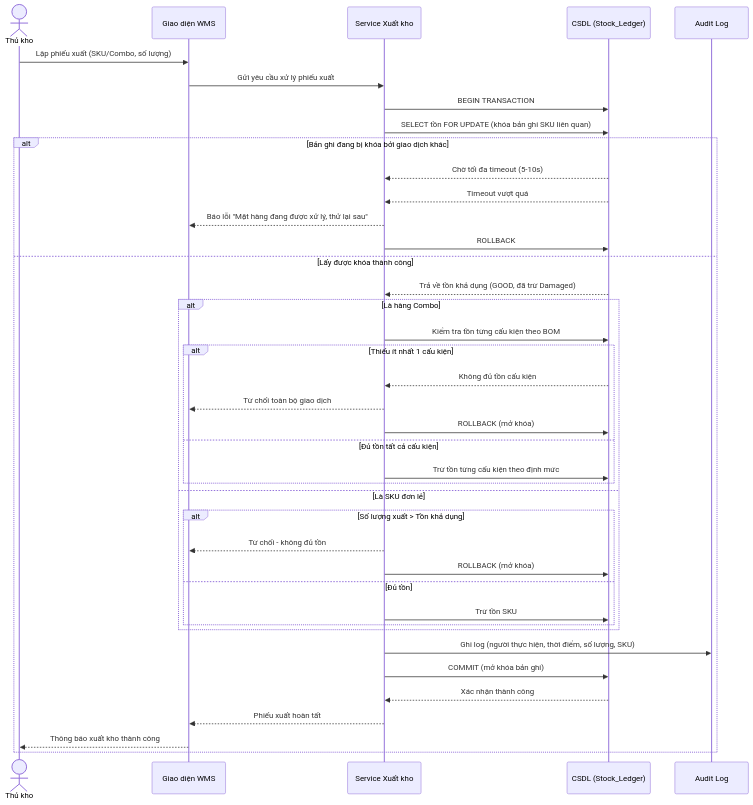
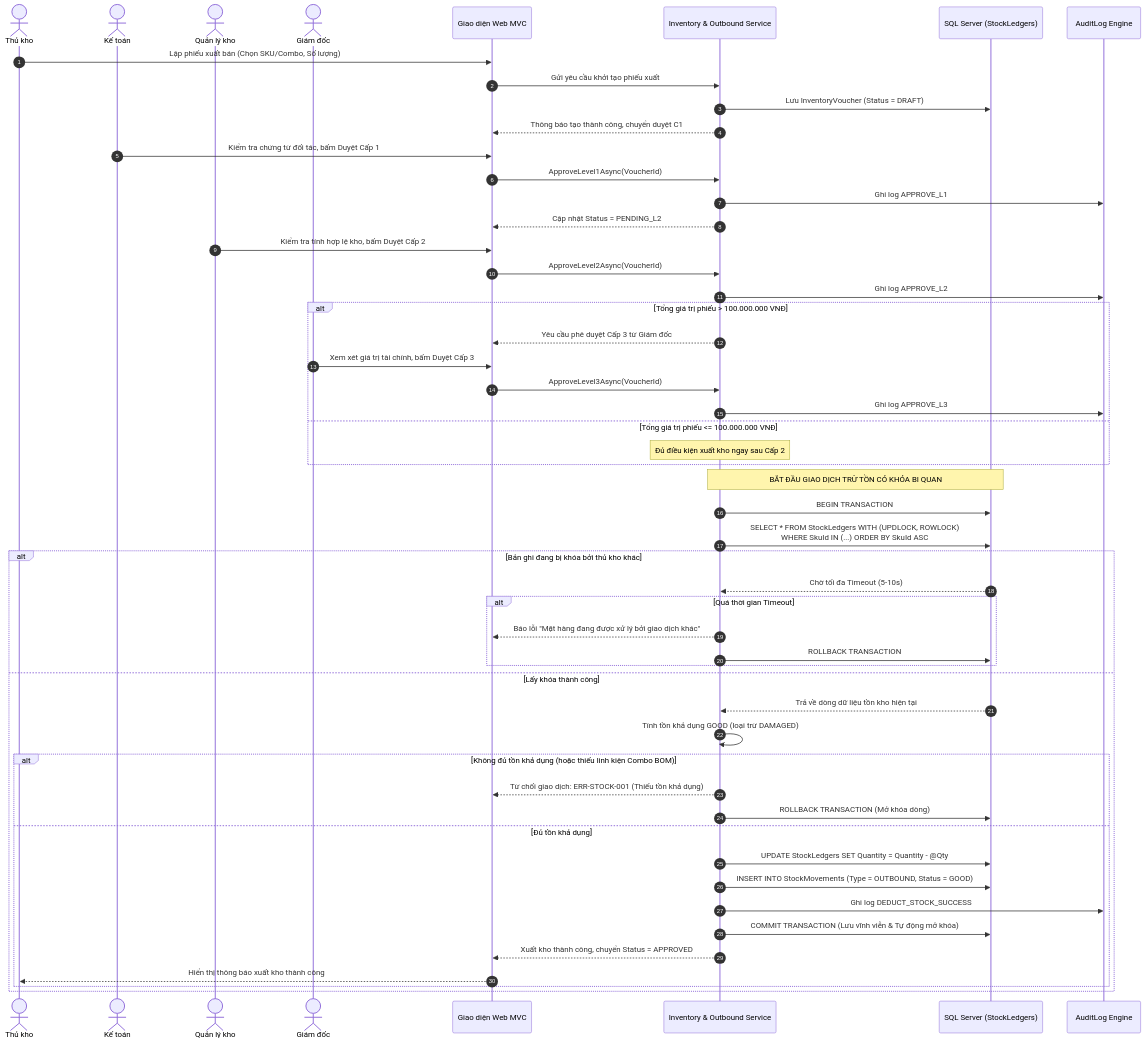
Before and after one commit to dtc245200011/HeTQL_Kho_Hang_Tich_Hop_AI: the second of 5 diagrams in URD-WMS-AI-NoiThat-v2.0.md, drawn with Mermaid. The commit also changed other lines of this file and 1 other file, not shown here.

````diff
--- a/URD-WMS-AI-NoiThat-v2.0.md
+++ b/URD-WMS-AI-NoiThat-v2.0.md
@@ -773,43 +576,61 @@
 ```mermaid
 sequenceDiagram
+    autonumber
     actor TK as Thủ kho
-    participant UI as Giao diện WMS
-    participant SVC as Service Xuất kho
-    participant DB as CSDL (Stock_Ledger)
-    participant AUD as Audit Log
+    actor KT as Kế toán
+    actor QL as Quản lý kho
+    actor GD as Giám đốc
+    participant UI as Giao diện Web MVC
+    participant SVC as Inventory & Outbound Service
+    participant DB as SQL Server (StockLedgers)
+    participant AUD as AuditLog Engine
 
-    TK->>UI: Lập phiếu xuất (SKU/Combo, số lượng)
-    UI->>SVC: Gửi yêu cầu xử lý phiếu xuất
+    TK->>UI: Lập phiếu xuất bán (Chọn SKU/Combo, Số lượng)
+    UI->>SVC: Gửi yêu cầu khởi tạo phiếu xuất
+    SVC->>DB: Lưu InventoryVoucher (Status = DRAFT)
+    SVC-->>UI: Thông báo tạo thành công, chuyển duyệt C1
+
+    KT->>UI: Kiểm tra chứng từ đối tác, bấm Duyệt Cấp 1
+    UI->>SVC: ApproveLevel1Async(VoucherId)
+    SVC->>AUD: Ghi log APPROVE_L1
+    SVC-->>UI: Cập nhật Status = PENDING_L2
+
+    QL->>UI: Kiểm tra tính hợp lệ kho, bấm Duyệt Cấp 2
+    UI->>SVC: ApproveLevel2Async(VoucherId)
+    SVC->>AUD: Ghi log APPROVE_L2
+
+    alt Tổng giá trị phiếu > 100.000.000 VNĐ
+        SVC-->>UI: Yêu cầu phê duyệt Cấp 3 từ Giám đốc
+        GD->>UI: Xem xét giá trị tài chính, bấm Duyệt Cấp 3
+        UI->>SVC: ApproveLevel3Async(VoucherId)
+        SVC->>AUD: Ghi log APPROVE_L3
+    else Tổng giá trị phiếu <= 100.000.000 VNĐ
+        Note over SVC: Đủ điều kiện xuất kho ngay sau Cấp 2
+    end
+
+    Note over SVC,DB: BẮT ĐẦU GIAO DỊCH TRỪ TỒN CÓ KHÓA BI QUAN
     SVC->>DB: BEGIN TRANSACTION
-    SVC->>DB: SELECT tồn FOR UPDATE (khóa bản ghi SKU liên quan)
-    alt Bản ghi đang bị khóa bởi giao dịch khác
-        DB-->>SVC: Chờ tối đa timeout (5-10s)
-        DB-->>SVC: Timeout vượt quá
-        SVC-->>UI: Báo lỗi "Mặt hàng đang được xử lý, thử lại sau"
-        SVC->>DB: ROLLBACK
-    else Lấy được khóa thành công
-        DB-->>SVC: Trả về tồn khả dụng (GOOD, đã trừ Damaged)
-        alt Là hàng Combo
-            SVC->>DB: Kiểm tra tồn từng cấu kiện theo BOM
-            alt Thiếu ít nhất 1 cấu kiện
-                DB-->>SVC: Không đủ tồn cấu kiện
-                SVC-->>UI: Từ chối toàn bộ giao dịch
-                SVC->>DB: ROLLBACK (mở khóa)
-            else Đủ tồn tất cả cấu kiện
-                SVC->>DB: Trừ tồn từng cấu kiện theo định mức
-            end
-        else Là SKU đơn lẻ
-            alt Số lượng xuất > Tồn khả dụng
-                SVC-->>UI: Từ chối - không đủ tồn
-                SVC->>DB: ROLLBACK (mở khóa)
-            else Đủ tồn
-                SVC->>DB: Trừ tồn SKU
-            end
+    SVC->>DB: SELECT * FROM StockLedgers WITH (UPDLOCK, ROWLOCK)<br/>WHERE SkuId IN (...) ORDER BY SkuId ASC
+
+    alt Bản ghi đang bị khóa bởi thủ kho khác
+        DB-->>SVC: Chờ tối đa Timeout (5-10s)
+        alt Quá thời gian Timeout
+            SVC-->>UI: Báo lỗi "Mặt hàng đang được xử lý bởi giao dịch khác"
+            SVC->>DB: ROLLBACK TRANSACTION
         end
-        SVC->>AUD: Ghi log (người thực hiện, thời điểm, số lượng, SKU)
-        SVC->>DB: COMMIT (mở khóa bản ghi)
-        DB-->>SVC: Xác nhận thành công
-        SVC-->>UI: Phiếu xuất hoàn tất
-        UI-->>TK: Thông báo xuất kho thành công
+    else Lấy khóa thành công
+        DB-->>SVC: Trả về dòng dữ liệu tồn kho hiện tại
+        SVC->>SVC: Tính tồn khả dụng GOOD (loại trừ DAMAGED)
+        alt Không đủ tồn khả dụng (hoặc thiếu linh kiện Combo BOM)
+            SVC-->>UI: Từ chối giao dịch: ERR-STOCK-001 (Thiếu tồn khả dụng)
+            SVC->>DB: ROLLBACK TRANSACTION (Mở khóa dòng)
+        else Đủ tồn khả dụng
+            SVC->>DB: UPDATE StockLedgers SET Quantity = Quantity - @Qty
+            SVC->>DB: INSERT INTO StockMovements (Type = OUTBOUND, Status = GOOD)
+            SVC->>AUD: Ghi log DEDUCT_STOCK_SUCCESS
+            SVC->>DB: COMMIT TRANSACTION (Lưu vĩnh viễn & Tự động mở khóa)
+            SVC-->>UI: Xuất kho thành công, chuyển Status = APPROVED
+            UI-->>TK: Hiển thị thông báo xuất kho thành công
+        end
     end
 ```
````
